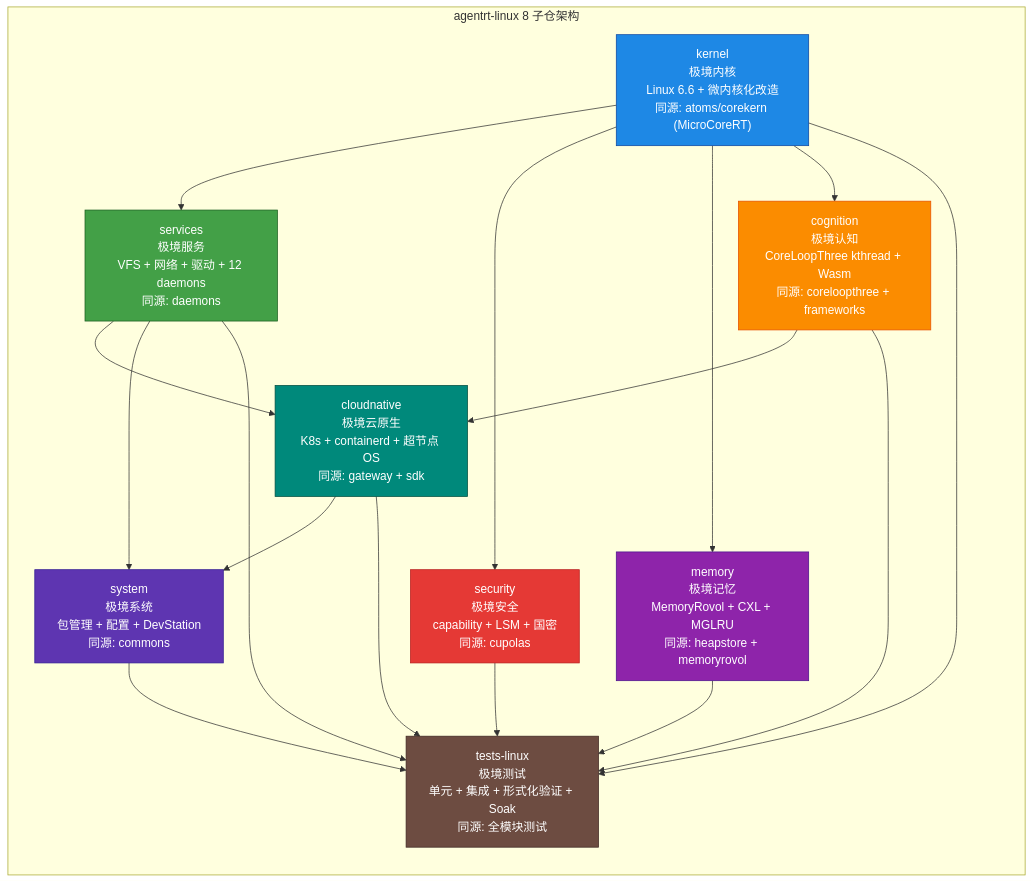
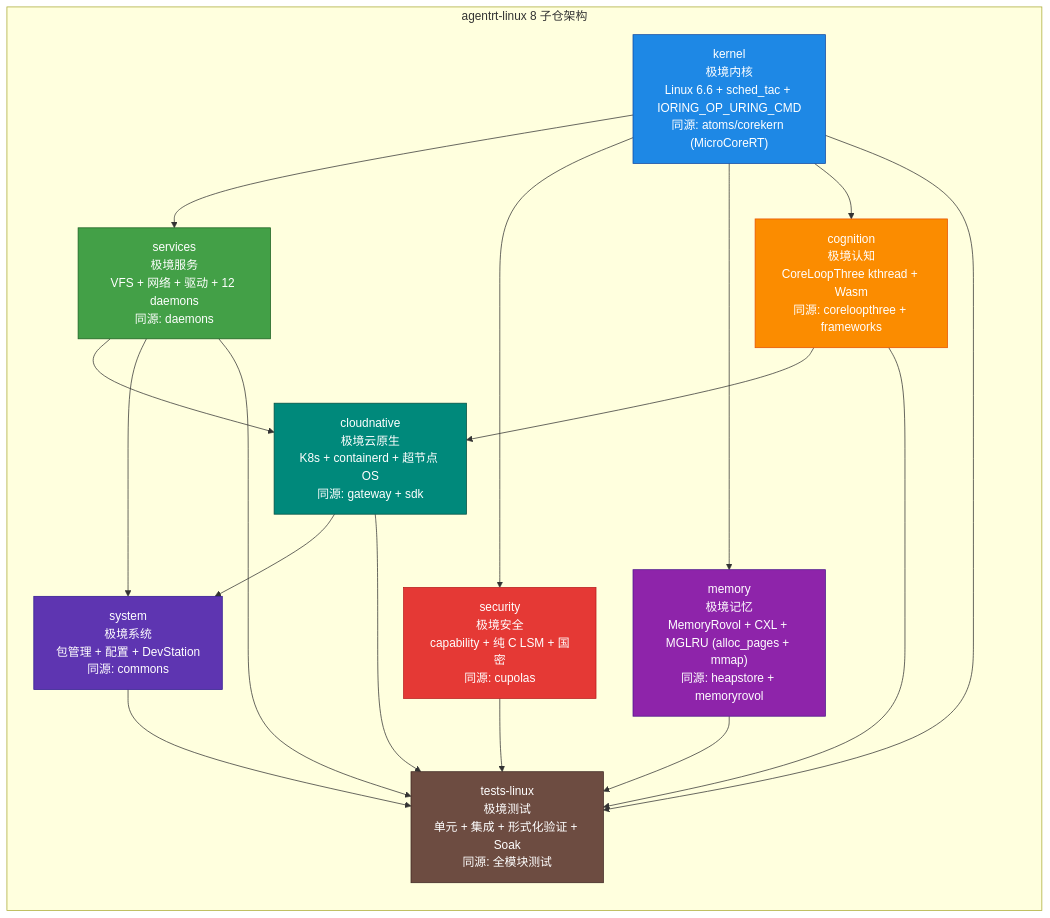
One commit to openairymax/docs-linux changed the diagram in 10-architecture/README.md. Above: the diagram before and after it, drawn with Mermaid. The commit also changed other lines of this file and 181 other files, not shown here.

Commit message:
docs: 批量更新文档中的IRON-9版本与调度器命名 1. 将所有IRON-9 v2引用升级为IRON-9 v3，统一四层共享模型版本号 2. 将方案C-Prime、AIRY_SCHED_AGENT相关表述替换为sched_tac、stc_agent 3. 更新OpenStandards/README.md的许可证信息为CC-BY-4.0

````diff
--- a/10-architecture/README.md
+++ b/10-architecture/README.md
@@ -49,49 +57,49 @@
 ```mermaid
 graph TB
     subgraph "agentrt-linux 8 子仓架构"
         direction TB
 
-        KERNEL["kernel<br/>极境内核<br/>Linux 6.6 + 微内核化改造<br/>同源: atoms/corekern (MicroCoreRT)"]
+        KERNEL["kernel<br/>极境内核<br/>Linux 6.6 + sched_tac + IORING_OP_URING_CMD<br/>同源: atoms/corekern (MicroCoreRT)"]
         SERVICES["services<br/>极境服务<br/>VFS + 网络 + 驱动 + 12 daemons<br/>同源: daemons"]
-        SECURITY["security<br/>极境安全<br/>capability + LSM + 国密<br/>同源: cupolas"]
-        MEMORY["memory<br/>极境记忆<br/>MemoryRovol + CXL + MGLRU<br/>同源: heapstore + memoryrovol"]
+        SECURITY["security<br/>极境安全<br/>capability + 纯 C LSM + 国密<br/>同源: cupolas"]
+        MEMORY["memory<br/>极境记忆<br/>MemoryRovol + CXL + MGLRU (alloc_pages + mmap)<br/>同源: heapstore + memoryrovol"]
         COGNITION["cognition<br/>极境认知<br/>CoreLoopThree kthread + Wasm<br/>同源: coreloopthree + frameworks"]
         CLOUDNATIVE["cloudnative<br/>极境云原生<br/>K8s + containerd + 超节点 OS<br/>同源: gateway + sdk"]
         SYSTEM["system<br/>极境系统<br/>包管理 + 配置 + DevStation<br/>同源: commons"]
         TESTS["tests-linux<br/>极境测试<br/>单元 + 集成 + 形式化验证 + Soak<br/>同源: 全模块测试"]
 
         KERNEL --> SERVICES
         KERNEL --> SECURITY
         KERNEL --> MEMORY
         KERNEL --> COGNITION
         SERVICES --> CLOUDNATIVE
         COGNITION --> CLOUDNATIVE
         SERVICES --> SYSTEM
         CLOUDNATIVE --> SYSTEM
         KERNEL --> TESTS
         SERVICES --> TESTS
         SECURITY --> TESTS
         MEMORY --> TESTS
         COGNITION --> TESTS
         CLOUDNATIVE --> TESTS
         SYSTEM --> TESTS
     end
 
     classDef kernelStyle fill:#1e88e5,stroke:#0d47a1,color:#ffffff
     classDef serviceStyle fill:#43a047,stroke:#1b5e20,color:#ffffff
     classDef securityStyle fill:#e53935,stroke:#b71c1c,color:#ffffff
     classDef memoryStyle fill:#8e24aa,stroke:#4a148c,color:#ffffff
     classDef cognitionStyle fill:#fb8c00,stroke:#e65100,color:#ffffff
     classDef cloudStyle fill:#00897b,stroke:#004d40,color:#ffffff
     classDef systemStyle fill:#5e35b1,stroke:#311b92,color:#ffffff
     classDef testStyle fill:#6d4c41,stroke:#3e2723,color:#ffffff
 
     class KERNEL kernelStyle
     class SERVICES serviceStyle
     class SECURITY securityStyle
     class MEMORY memoryStyle
     class COGNITION cognitionStyle
     class CLOUDNATIVE cloudStyle
     class SYSTEM systemStyle
     class TESTS testStyle
 ```
````
